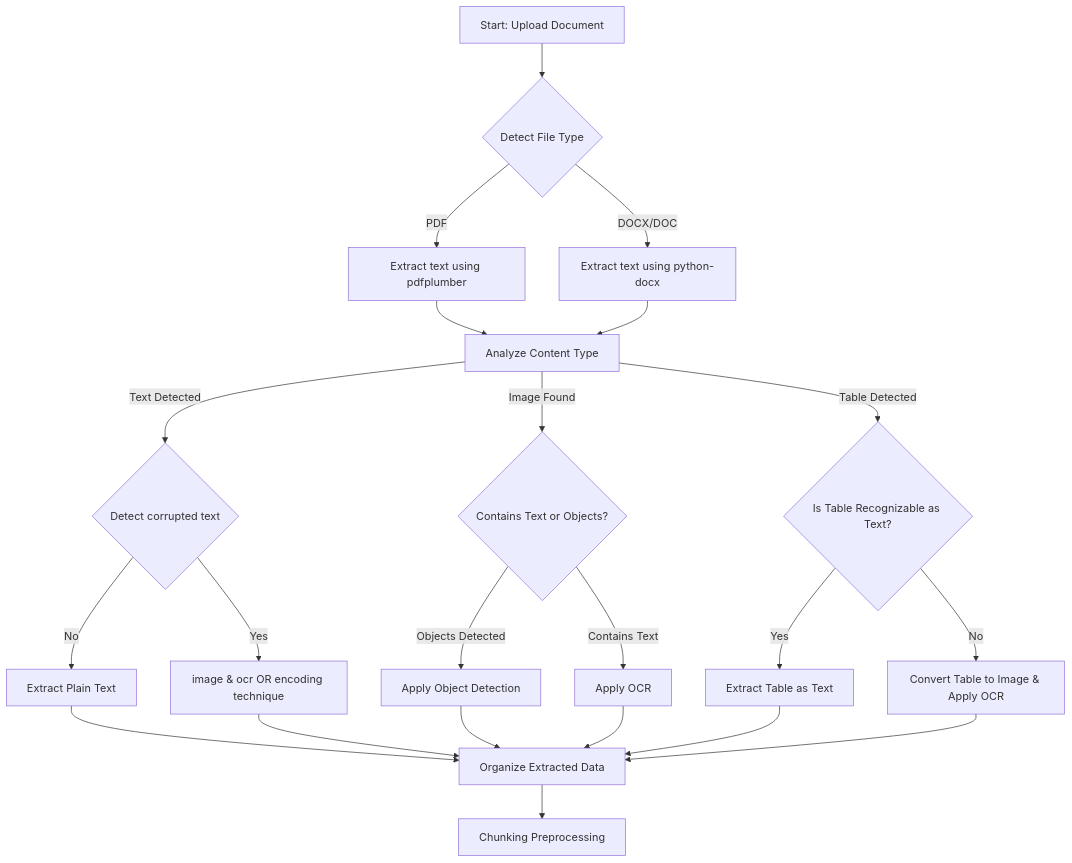
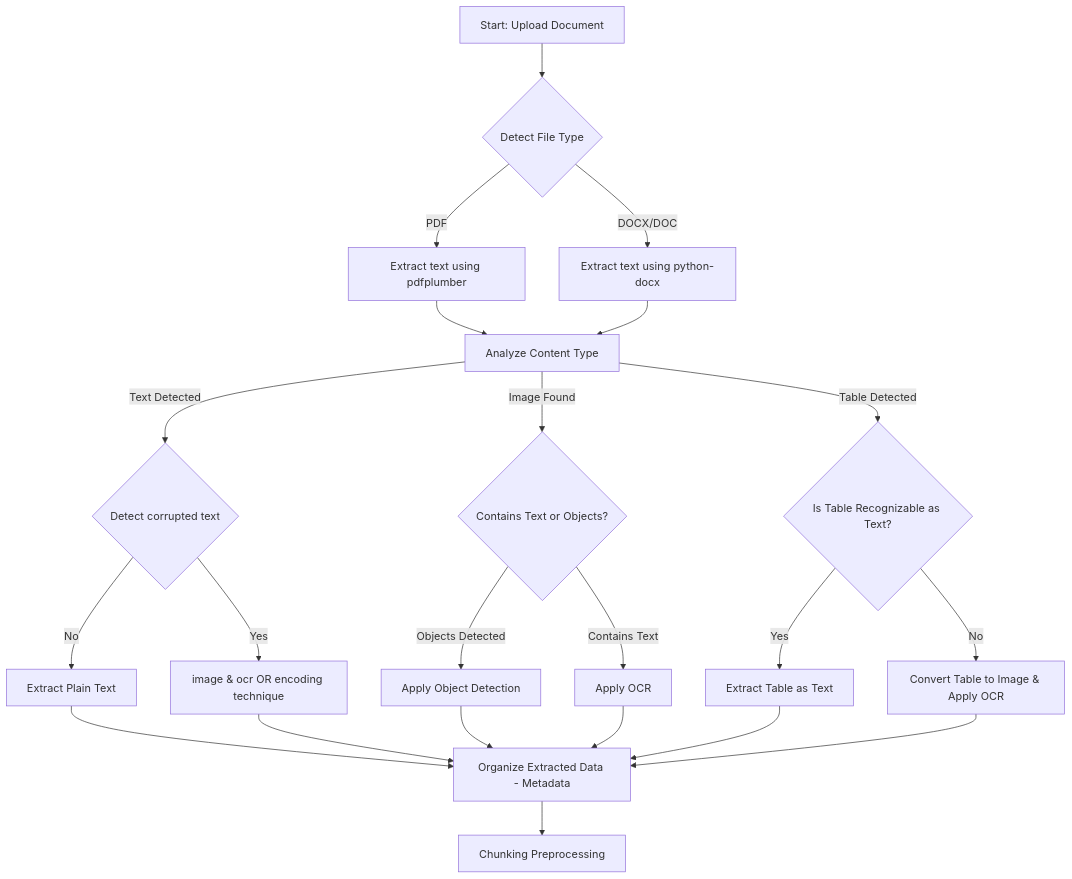
The first of 2 diagrams in PreprocessingIdea.md (VOX304/UniChatbot), drawn with Mermaid before and after one commit.

Commit message:
Update PreprocessingIdea.md
"metadata" at org

````diff
--- a/PreprocessingIdea.md
+++ b/PreprocessingIdea.md
@@ -4,33 +4,33 @@
 ```mermaid
 graph TD;
   A[Start: Upload Document] --> B{Detect File Type};
 
   B -->|DOCX/DOC| C[Extract text using python-docx];
   B -->|PDF| D[Extract text using pdfplumber];
 
   D --> E[Analyze Content Type];
   C --> E;
 
   E -->|Text Detected| F{Detect corrupted text};
   E -->|Table Detected| G{Is Table Recognizable as Text?};
   E -->|Image Found| H{Contains Text or Objects?};
 
   F -->|No| F1[Extract Plain Text];
   F -->|Yes| F2[image & ocr OR encoding technique];
   F1 --> L;
   F2 --> L;
 
   H -->|Objects Detected| H1[Apply Object Detection];
   H -->|Contains Text| H2[Apply OCR];
   H1 --> L;
   H2 --> L;
 
   G -->|Yes| I[Extract Table as Text];
   G -->|No| J[Convert Table to Image & Apply OCR];
 
-  I --> L[Organize Extracted Data];
+  I --> L[Organize Extracted Data - Metadata];
   J --> L;
 
   L --> M[Chunking Preprocessing];
 
 ```
````
